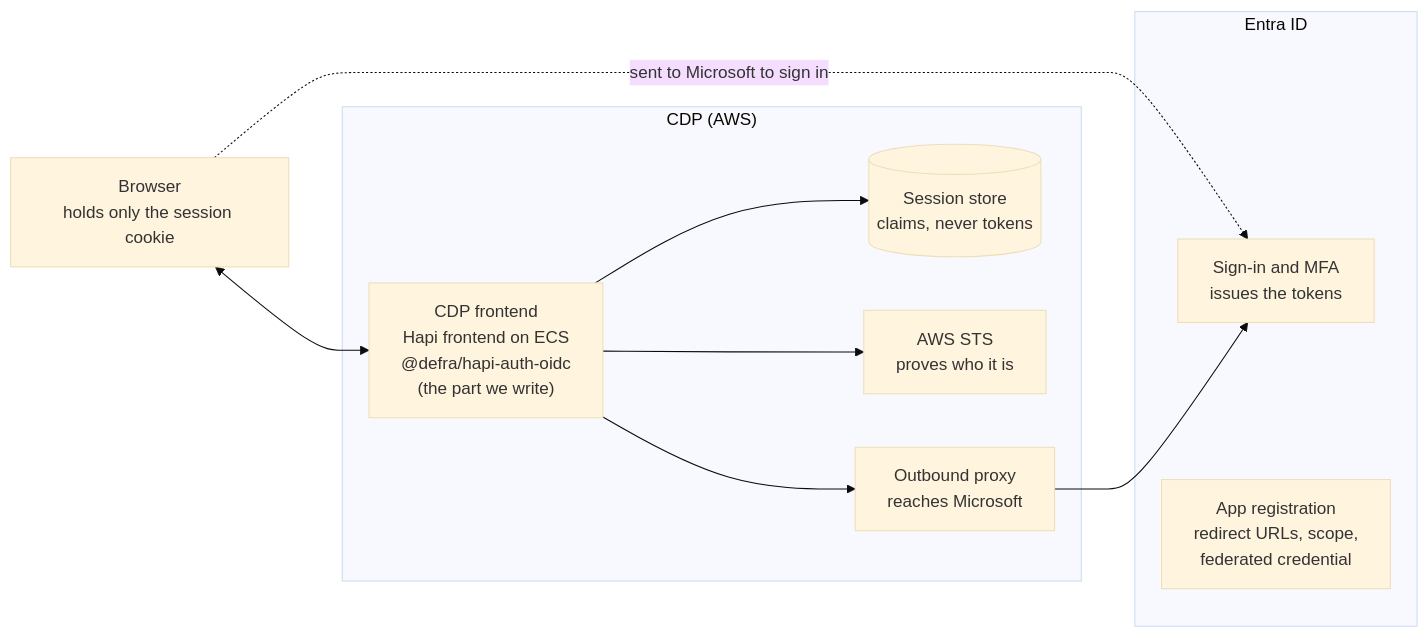
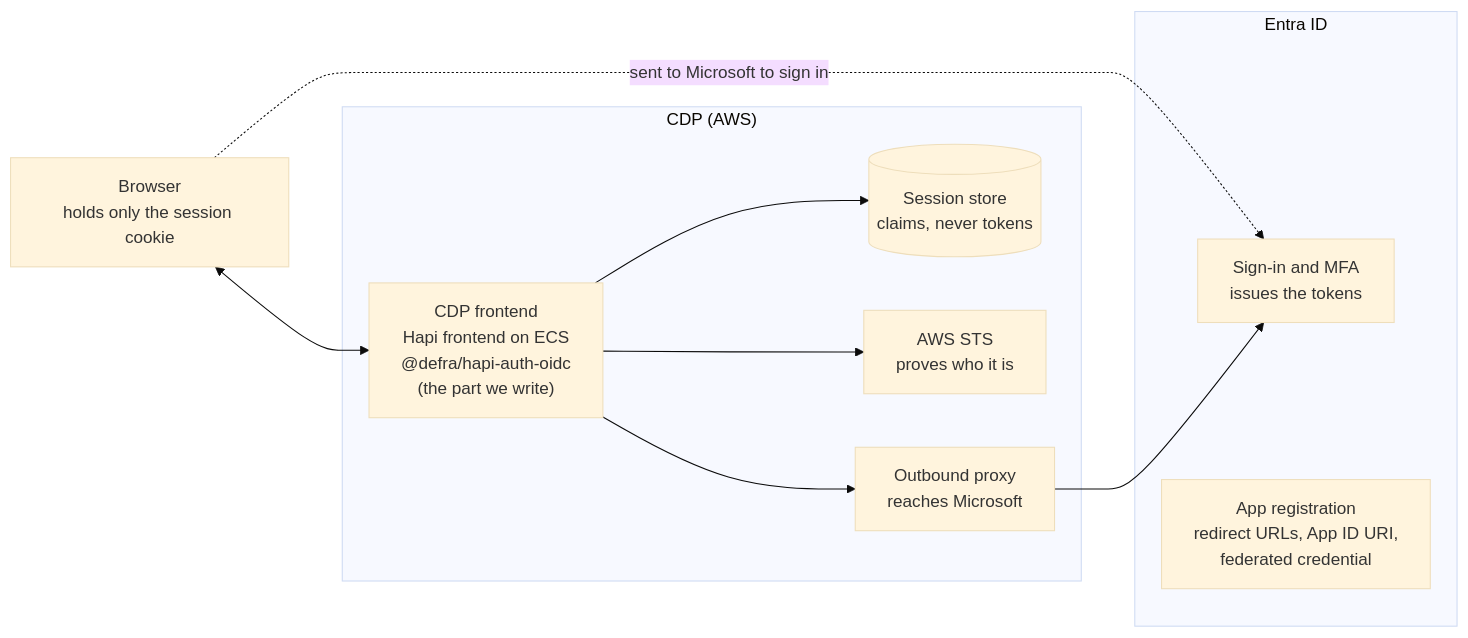
The first of 2 diagrams in hld/Entra-ID-sign-in-CDP-high-level-design.md (DEFRA/epr-regulator-login-poc-frontend), drawn with Mermaid (base theme) before and after one commit. The commit also changed other lines of this file, not shown here.

````diff
--- a/hld/Entra-ID-sign-in-CDP-high-level-design.md
+++ b/hld/Entra-ID-sign-in-CDP-high-level-design.md
@@ -47,19 +47,19 @@
 ```mermaid
 flowchart LR
     B["Browser<br/>holds only the session cookie"] <--> FE
     subgraph CDP["CDP (AWS)"]
         FE["CDP frontend<br/>Hapi frontend on ECS<br/>@defra/hapi-auth-oidc<br/>(the part we write)"]
         SS[("Session store<br/>claims, never tokens")]
         STS["AWS STS<br/>proves who it is"]
         P["Outbound proxy<br/>reaches Microsoft"]
         FE --> SS
         FE --> STS
         FE --> P
     end
     subgraph E["Entra ID"]
         SI["Sign-in and MFA<br/>issues the tokens"]
-        AR["App registration<br/>redirect URLs, scope,<br/>federated credential"]
+        AR["App registration<br/>redirect URLs, App ID URI,<br/>federated credential"]
     end
     B -. "sent to Microsoft to sign in" .-> SI
     P --> SI
 ```
````
